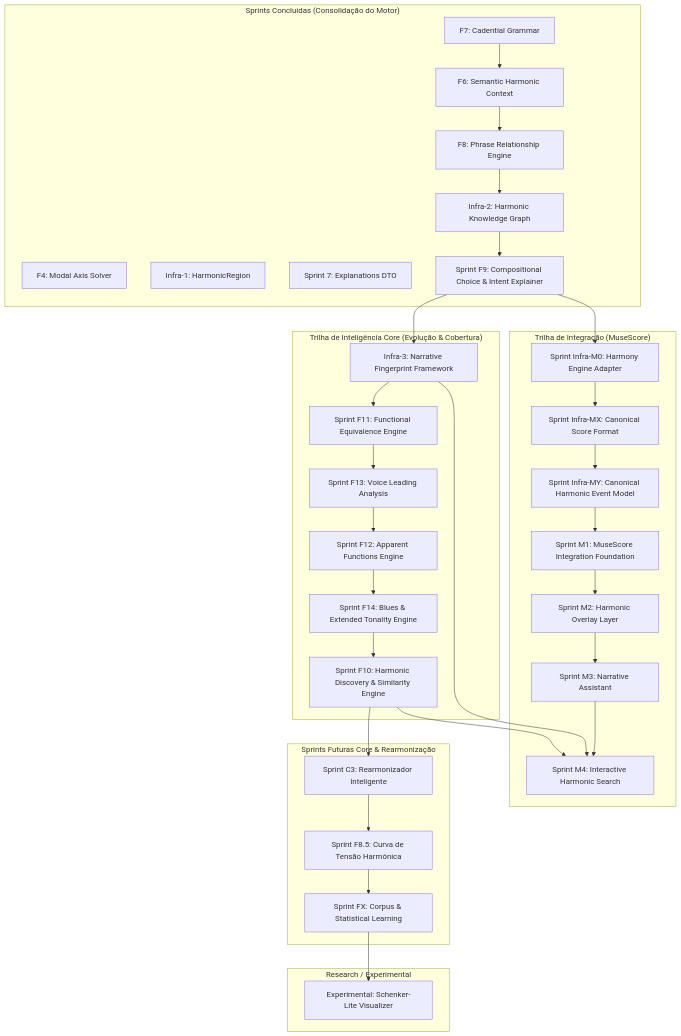
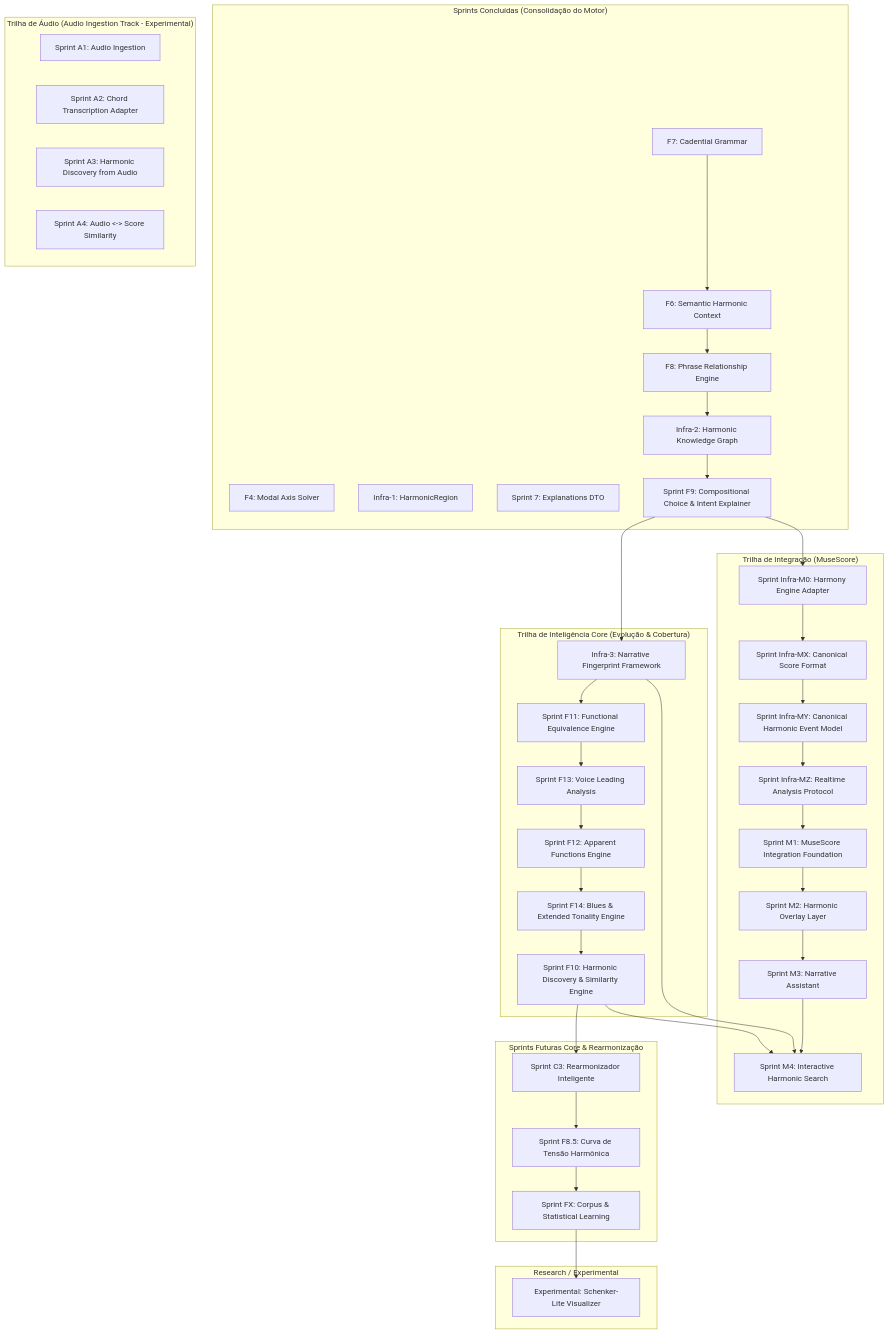
One commit to gustavoesteves/FindChord changed the diagram in sprints/future_sprints.md. Above: the diagram before and after it, drawn with Mermaid. The commit also changed other lines of this file and 1 other file, not shown here.

Commit message:
feat(ui): update HarmonicNarrativeOverlayPanel and documentation

````diff
--- a/sprints/future_sprints.md
+++ b/sprints/future_sprints.md
@@ -36,70 +36,78 @@
 ```mermaid
 graph TD
     subgraph "Sprints Concluídas (Consolidação do Motor)"
         C4["F4: Modal Axis Solver"]
         CI1["Infra-1: HarmonicRegion"]
         CS7["Sprint 7: Explanations DTO"]
         CF7["F7: Cadential Grammar"]
         F6["F6: Semantic Harmonic Context"]
         F8["F8: Phrase Relationship Engine"]
         I2["Infra-2: Harmonic Knowledge Graph"]
         F9["Sprint F9: Compositional Choice & Intent Explainer"]
     end
 
     subgraph "Trilha de Inteligência Core (Evolução & Cobertura)"
         I3["Infra-3: Narrative Fingerprint Framework"]
         F11["Sprint F11: Functional Equivalence Engine"]
         F13["Sprint F13: Voice Leading Analysis"]
         F12["Sprint F12: Apparent Functions Engine"]
         F14["Sprint F14: Blues & Extended Tonality Engine"]
         F10["Sprint F10: Harmonic Discovery & Similarity Engine"]
     end
 
     subgraph "Trilha de Integração (MuseScore)"
         IM0["Sprint Infra-M0: Harmony Engine Adapter"]
         IMX["Sprint Infra-MX: Canonical Score Format"]
         IMY["Sprint Infra-MY: Canonical Harmonic Event Model"]
+        IMZ["Sprint Infra-MZ: Realtime Analysis Protocol"]
         M1["Sprint M1: MuseScore Integration Foundation"]
         M2["Sprint M2: Harmonic Overlay Layer"]
         M3["Sprint M3: Narrative Assistant"]
         M4["Sprint M4: Interactive Harmonic Search"]
     end
-
+    
+    subgraph "Trilha de Áudio (Audio Ingestion Track - Experimental)"
+        A1["Sprint A1: Audio Ingestion"]
+        A2["Sprint A2: Chord Transcription Adapter"]
+        A3["Sprint A3: Harmonic Discovery from Audio"]
+        A4["Sprint A4: Audio <-> Score Similarity"]
+    end
     
     subgraph "Sprints Futuras Core & Rearmonização"
         C3["Sprint C3: Rearmonizador Inteligente"]
         F8T["Sprint F8.5: Curva de Tensão Harmônica"]
         FX["Sprint FX: Corpus & Statistical Learning"]
     end
 
     subgraph "Research / Experimental"
         C1["Experimental: Schenker-Lite Visualizer"]
     end
 
     CF7 --> F6
     F6 --> F8
     F8 --> I2
     I2 --> F9
     F9 --> I3
     
     I3 --> F11
     F11 --> F13
     F13 --> F12
     F12 --> F14
     F14 --> F10
     F10 --> C3
     
     C3 --> F8T
     F8T --> FX
     FX --> C1
     
     F9 --> IM0
     IM0 --> IMX
     IMX --> IMY
-    IMY --> M1
+    IMY --> IMZ
+    IMZ --> M1
     M1 --> M2
     M2 --> M3
     M3 --> M4
     I3 --> M4
     F10 --> M4
 ```
````
